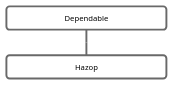
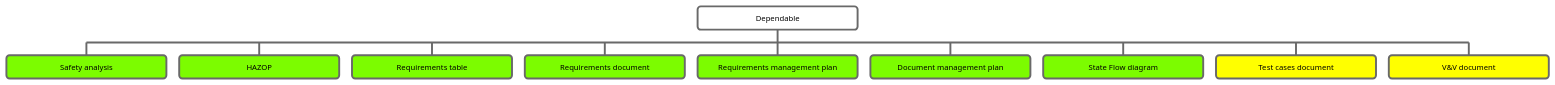
The diagram in Documentation/Control/WBS/4-Dependable.puml (AutoSail-MDH/autosail), drawn with PlantUML before and after one commit.

Commit message:
Added documents

```diff
--- a/Documentation/Control/WBS/4-Dependable.puml
+++ b/Documentation/Control/WBS/4-Dependable.puml
@@ -1,35 +1,43 @@
 @startwbs ABSWBS
 ' !include style.puml
 <style>
   wbsDiagram {
     Linecolor DimGray
     BackgroundColor White
     RoundCorner 10
     Margin 10
     Shadowing 0
     LineThickness 3
     MaximumWidth 250
     MinimumWidth 250
     HorizontalAlignment center
     .done{
       BackgroundColor LawnGreen
     }
     .to_do{
       BackgroundColor Salmon
     }
     .TBD{
       BackgroundColor Yellow
     }
     legend {
       FontSize 16
       Margin 10
       BackGroundColor White
       LineThickness 0
     }
   }
 </style>
 
 
 + Dependable
-++ Hazop 
+++ Safety analysis <<done>>
+++ HAZOP <<done>>
+++ Requirements table <<done>>
+++ Requirements document <<done>>
+++ Requirements management plan <<done>>
+++ Document management plan <<done>>
+++ State Flow diagram <<done>>
+++ Test cases document <<TBD>>
+++ V&V document <<TBD>>
 @endwbs
```
